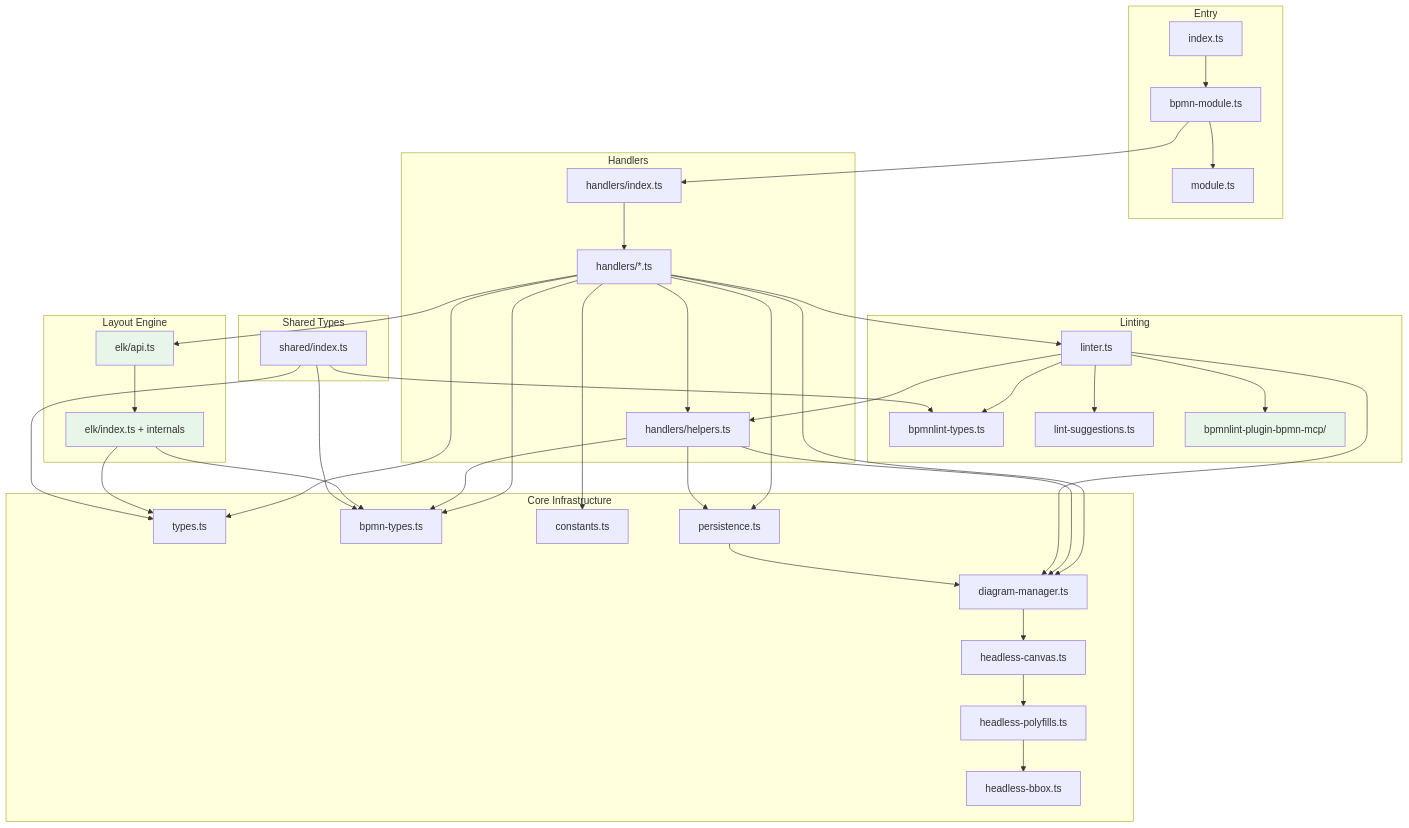
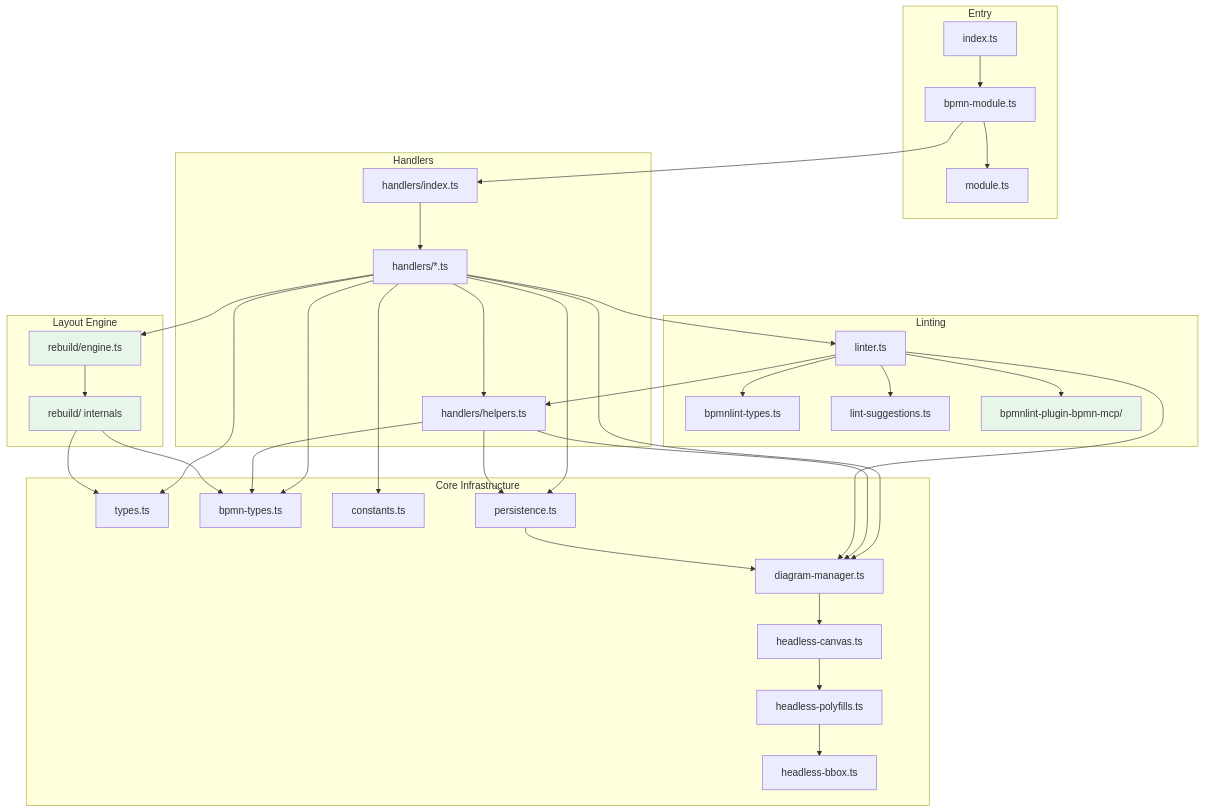
One commit to datakurre/BPMN-MCP changed the diagram in docs/architecture.md. Above: the diagram before and after it, drawn with Mermaid. The commit also changed other lines of this file and 109 other files, not shown here.

````diff
--- a/docs/architecture.md
+++ b/docs/architecture.md
@@ -39,12 +39,8 @@
     end
 
     subgraph "Layout Engine"
-        elkapi["elk/api.ts"]
-        elkcore["elk/index.ts + internals"]
-    end
-
-    subgraph "Shared Types"
-        shared["shared/index.ts"]
+        rebuild["rebuild/engine.ts"]
+        rebuildcore["rebuild/ internals"]
     end
 
     index --> bpmnmod
@@ -59,7 +55,7 @@
     handlers --> linter
     handlers --> dm
     handlers --> persist
-    handlers --> elkapi
+    handlers --> rebuild
 
     helpers --> dm
     helpers --> persist
@@ -77,15 +73,11 @@
 
     persist --> dm
 
-    elkapi --> elkcore
-    elkcore --> types
-    elkcore --> bpmntypes
-
-    shared --> types
-    shared --> bpmntypes
-    shared --> linttypes
+    rebuild --> rebuildcore
+    rebuildcore --> types
+    rebuildcore --> bpmntypes
 
     style lintplugin fill:#e8f5e9
-    style elkcore fill:#e8f5e9
-    style elkapi fill:#e8f5e9
+    style rebuildcore fill:#e8f5e9
+    style rebuild fill:#e8f5e9
 ```
````
